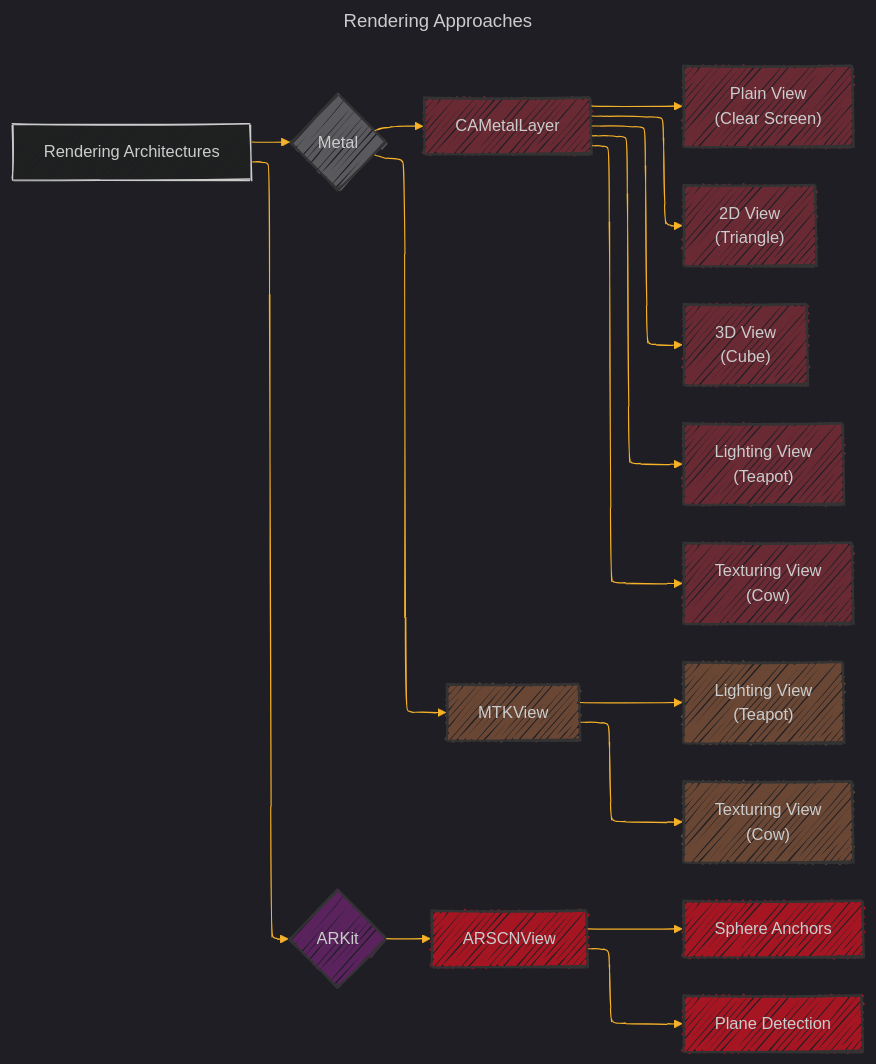
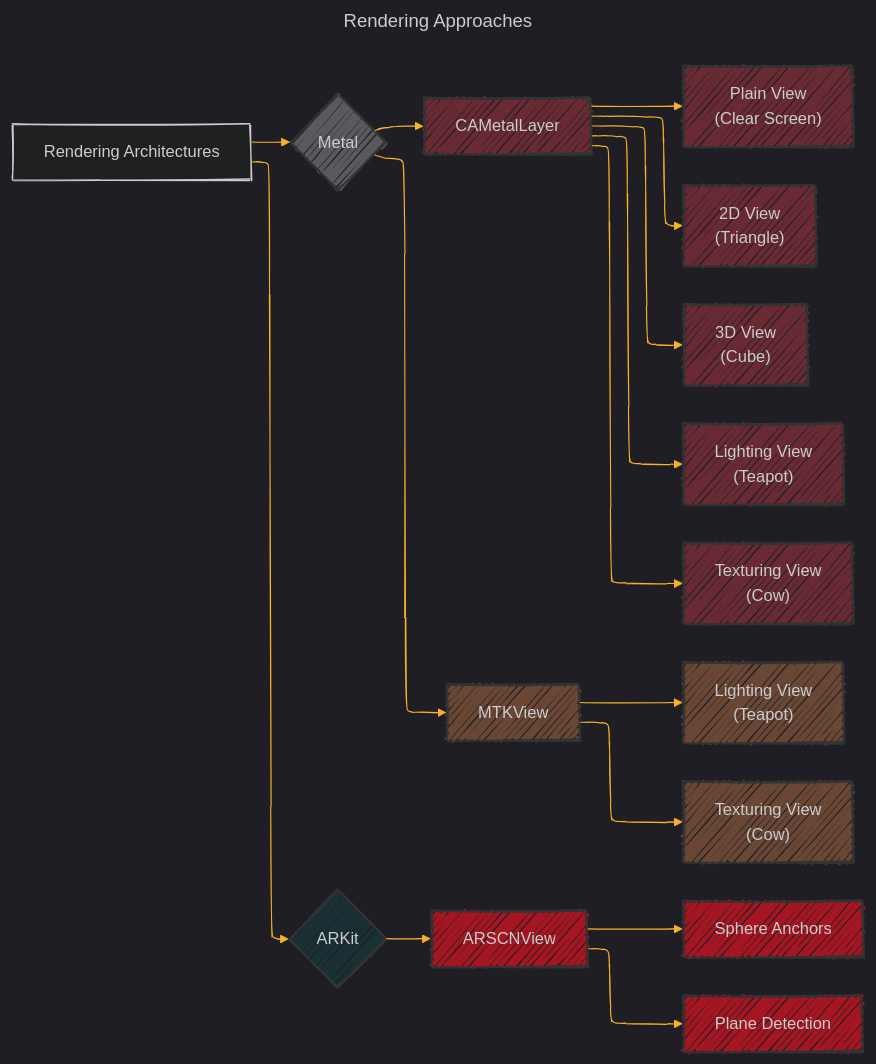
One commit to CongLeSolutionX/Metal-Primitives changed the second of 8 diagrams in Documentation_Consolidated_Version_Draft_2.md. Above: the diagram before and after it, drawn with Mermaid. The commit also changed other lines of this file, not shown here.

````diff
--- a/Documentation_Consolidated_Version_Draft_2.md
+++ b/Documentation_Consolidated_Version_Draft_2.md
@@ -113,58 +113,59 @@
 ```mermaid
 ---
 title: Rendering Approaches
 config:
   layout: elk
   look: handDrawn
   theme: dark
 ---
 %%{
   init: {
     'fontFamily': 'verdana',
     'themeVariables': {
       'primaryColor': '#BB2528',
       'primaryTextColor': '#f529',
       'primaryBorderColor': '#7C0000',
       'lineColor': '#F8B229',
       'secondaryColor': '#006100',
       'tertiaryColor': '#fff'
     }
   }
 }%%
 graph LR
     A[Rendering Architectures] --> B{Metal}
     B --> C[CAMetalLayer]
     C --> D["Plain View<br>(Clear Screen)"]
     C --> E["2D View<br>(Triangle)"]
     C --> F["3D View<br>(Cube)"]
     C --> G["Lighting View<br>(Teapot)"]
     C --> H["Texturing View<br>(Cow)"]
     
     B --> I[MTKView]
     I --> J["Lighting View<br>(Teapot)"]
     I --> K["Texturing View<br>(Cow)"]
 
     A --> L{ARKit}
 
     L --> M[ARSCNView]
     M --> N[Sphere Anchors]
     M --> O[Plane Detection]
 
 
     classDef Metal fill:#fff4,stroke:#333,stroke-width:2px
     class B Metal
 
-    classDef ARKit fill:#f3f4,stroke:#333,stroke-width:2px
-    class L ARKit
+    
+    classDef Style_for_ARKit_Framework fill:#1555,stroke:#333,stroke-width:2px
+    class L Style_for_ARKit_Framework
 
     classDef CAMetalLayer fill:#f455,stroke:#333,stroke-width:2px
     class C,D,E,F,G,H CAMetalLayer
     
     
     classDef MTKView fill:#f955,stroke:#333,stroke-width:2px
     class I,J,K MTKView
 
     classDef ARSCNView fill:#f129,stroke:#333,stroke-width:2px
     class M,N,O ARSCNView
 
 ```
````
